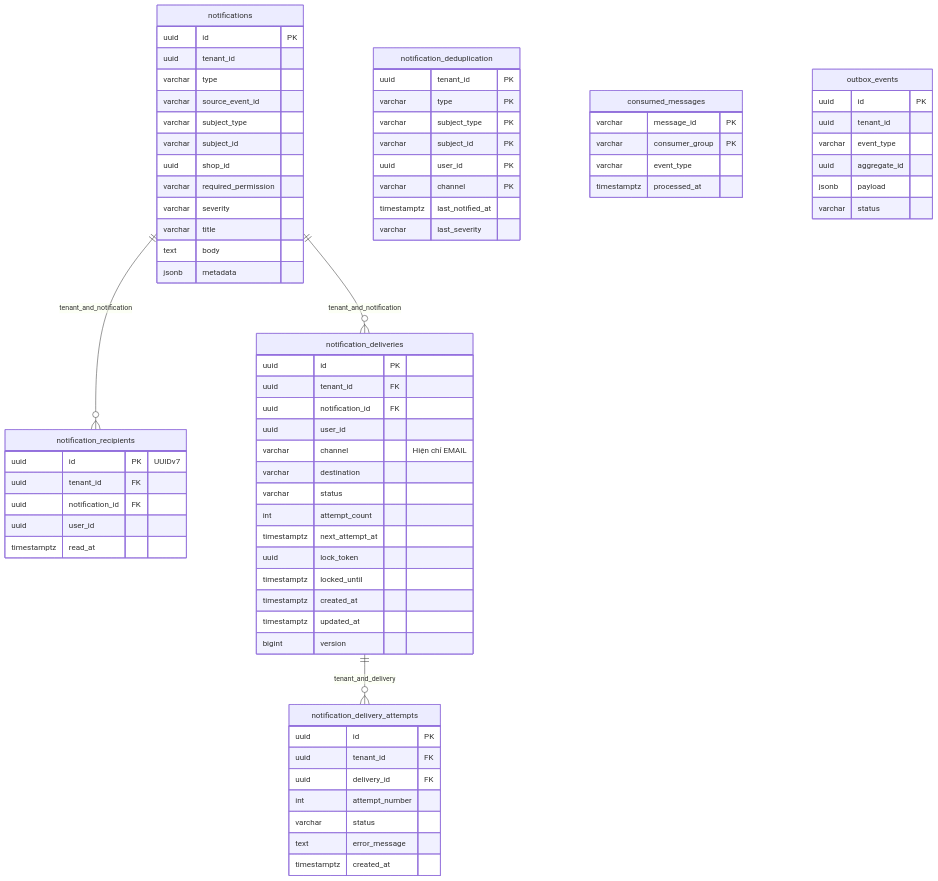
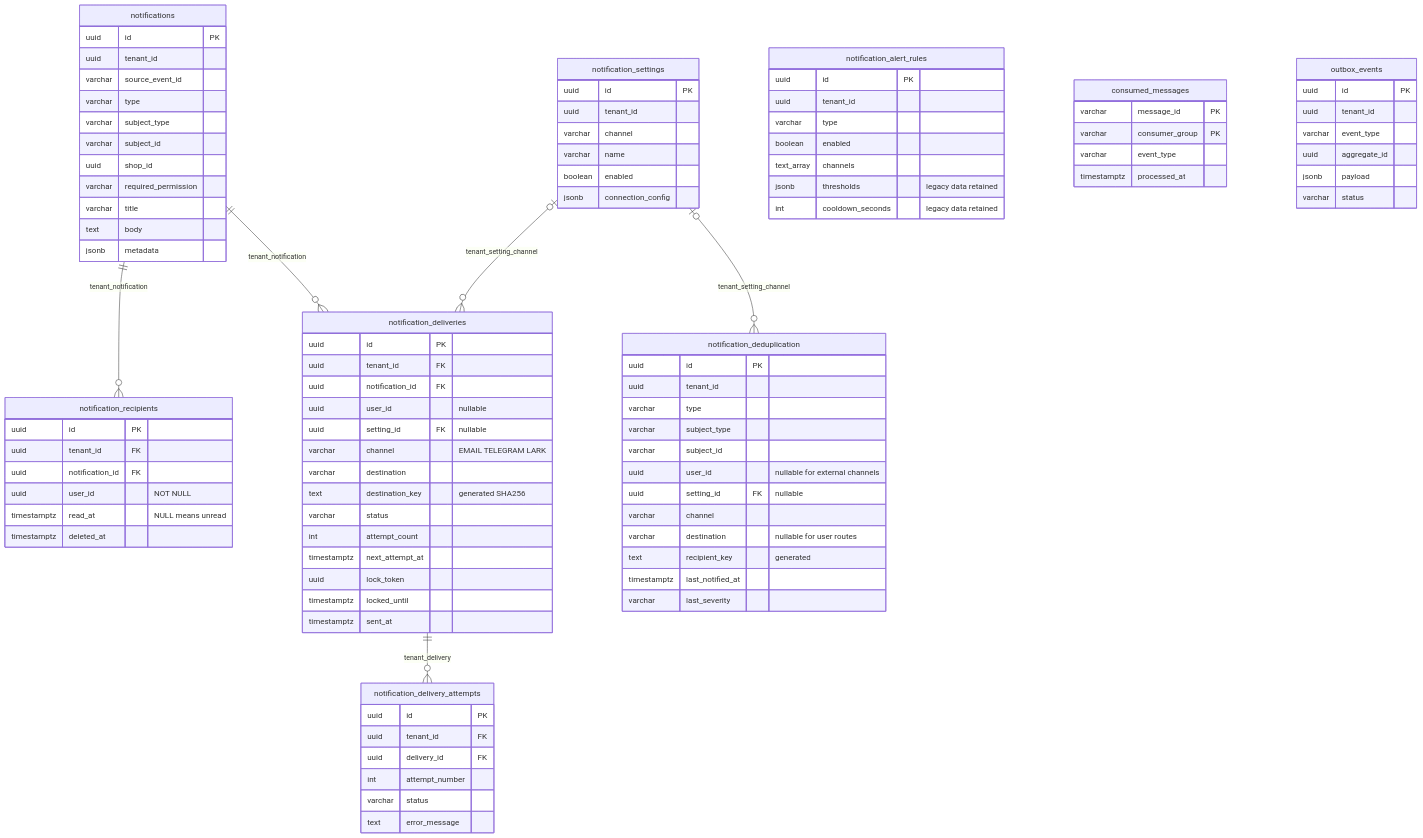
Before and after one commit to NDQuynh259/vishop-platform: the diagram in services/notification-service/docs/database-design.md, drawn with Mermaid. The commit also changed other lines of this file and 14 other files, not shown here.

First line of the commit message:
feat(notification): redesign notification routing and delivery

````diff
--- a/services/notification-service/docs/database-design.md
+++ b/services/notification-service/docs/database-design.md
@@ -51,45 +22,64 @@
 ```mermaid
 erDiagram
-    notifications ||--o{ notification_recipients : tenant_and_notification
-    notifications ||--o{ notification_deliveries : tenant_and_notification
-    notification_deliveries ||--o{ notification_delivery_attempts : tenant_and_delivery
+    notifications ||--o{ notification_recipients : tenant_notification
+    notifications ||--o{ notification_deliveries : tenant_notification
+    notification_deliveries ||--o{ notification_delivery_attempts : tenant_delivery
+    notification_settings o|--o{ notification_deliveries : tenant_setting_channel
+    notification_settings o|--o{ notification_deduplication : tenant_setting_channel
 
     notifications {
         uuid id PK
         uuid tenant_id
+        varchar source_event_id
         varchar type
-        varchar source_event_id
         varchar subject_type
         varchar subject_id
         uuid shop_id
         varchar required_permission
-        varchar severity
         varchar title
         text body
         jsonb metadata
     }
     notification_recipients {
-        uuid id PK "UUIDv7"
+        uuid id PK
         uuid tenant_id FK
         uuid notification_id FK
-        uuid user_id
-        timestamptz read_at
+        uuid user_id "NOT NULL"
+        timestamptz read_at "NULL means unread"
+        timestamptz deleted_at
+    }
+    notification_settings {
+        uuid id PK
+        uuid tenant_id
+        varchar channel
+        varchar name
+        boolean enabled
+        jsonb connection_config
+    }
+    notification_alert_rules {
+        uuid id PK
+        uuid tenant_id
+        varchar type
+        boolean enabled
+        text_array channels
+        jsonb thresholds "legacy data retained"
+        int cooldown_seconds "legacy data retained"
     }
     notification_deliveries {
         uuid id PK
         uuid tenant_id FK
         uuid notification_id FK
-        uuid user_id
-        varchar channel "Hiện chỉ EMAIL"
+        uuid user_id "nullable"
+        uuid setting_id FK "nullable"
+        varchar channel "EMAIL TELEGRAM LARK"
         varchar destination
+        text destination_key "generated SHA256"
         varchar status
         int attempt_count
         timestamptz next_attempt_at
         uuid lock_token
         timestamptz locked_until
-        timestamptz created_at
-        timestamptz updated_at
-        bigint version
+        timestamptz sent_at
     }
     notification_delivery_attempts {
         uuid id PK
@@ -98,15 +88,18 @@
         int attempt_number
         varchar status
         text error_message
-        timestamptz created_at
     }
     notification_deduplication {
-        uuid tenant_id PK
-        varchar type PK
-        varchar subject_type PK
-        varchar subject_id PK
-        uuid user_id PK
-        varchar channel PK
+        uuid id PK
+        uuid tenant_id
+        varchar type
+        varchar subject_type
+        varchar subject_id
+        uuid user_id "nullable for external channels"
+        uuid setting_id FK "nullable"
+        varchar channel
+        varchar destination "nullable for user routes"
+        text recipient_key "generated"
         timestamptz last_notified_at
         varchar last_severity
     }
````
